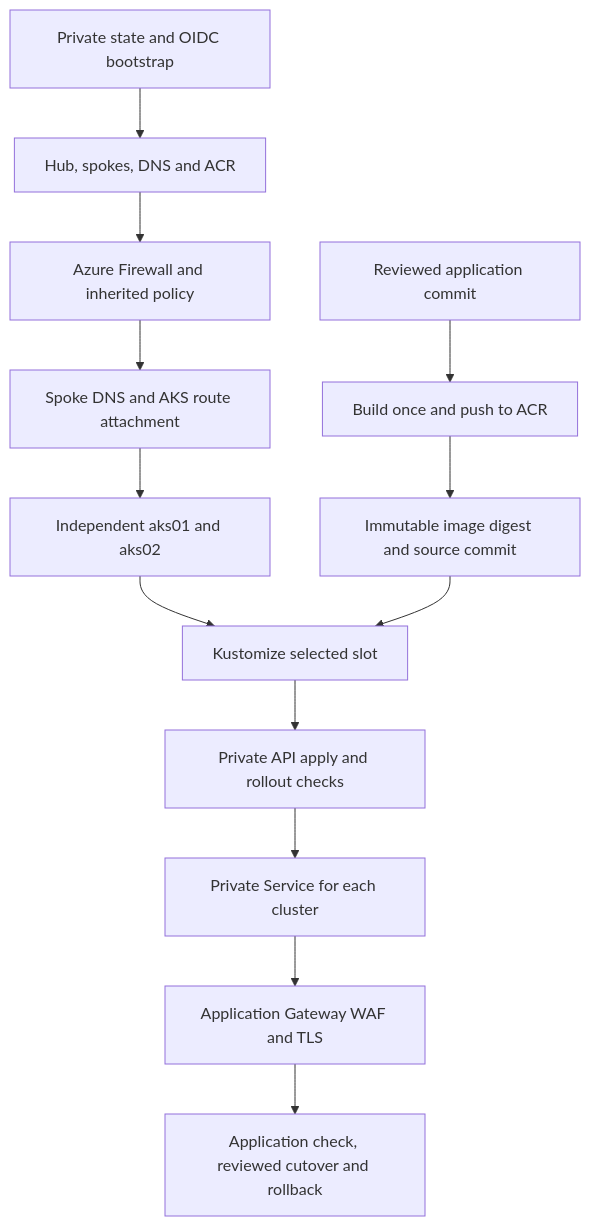
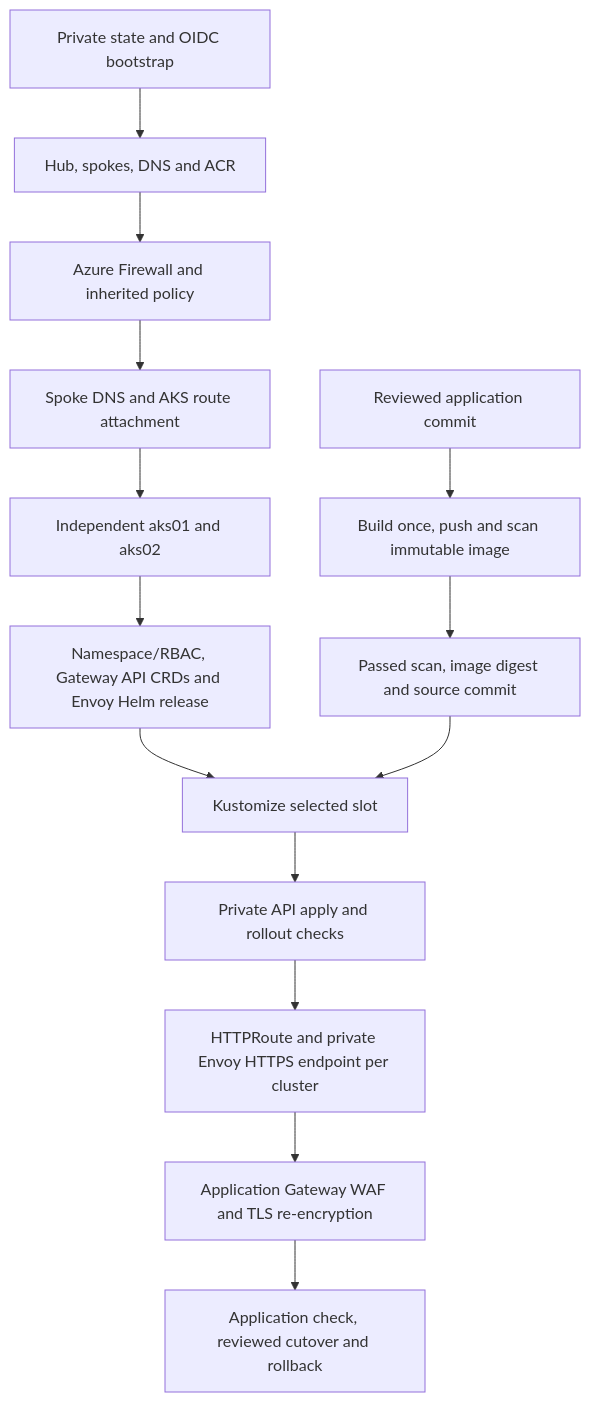
One commit to MikeeeGit/terraform-delivery-templates changed the diagram in docs/azure/hub-spoke-platform.md. Above: the diagram before and after it, drawn with Mermaid. The commit also changed other lines of this file, not shown here.

Commit message:
Document the complete Gateway API platform delivery flow

```diff
--- a/docs/azure/hub-spoke-platform.md
+++ b/docs/azure/hub-spoke-platform.md
@@ -20,15 +20,16 @@
 ~~~mermaid
 flowchart TD
   Boot[Private state and OIDC bootstrap] --> Network[Hub, spokes, DNS and ACR]
   Network --> FW[Azure Firewall and inherited policy]
   FW --> DNS[Spoke DNS and AKS route attachment]
   DNS --> AKS[Independent aks01 and aks02]
-  Source[Reviewed application commit] --> Build[Build once and push to ACR]
-  Build --> Receipt[Immutable image digest and source commit]
-  AKS --> Render[Kustomize selected slot]
+  AKS --> Platform[Namespace/RBAC, Gateway API CRDs and Envoy Helm release]
+  Source[Reviewed application commit] --> Build[Build once, push and scan immutable image]
+  Build --> Receipt[Passed scan, image digest and source commit]
+  Platform --> Render[Kustomize selected slot]
   Receipt --> Render
   Render --> Deploy[Private API apply and rollout checks]
-  Deploy --> ILB[Private Service for each cluster]
-  ILB --> Gateway[Application Gateway WAF and TLS]
+  Deploy --> ILB[HTTPRoute and private Envoy HTTPS endpoint per cluster]
+  ILB --> Gateway[Application Gateway WAF and TLS re-encryption]
   Gateway --> Verify[Application check, reviewed cutover and rollback]
 ~~~
```
